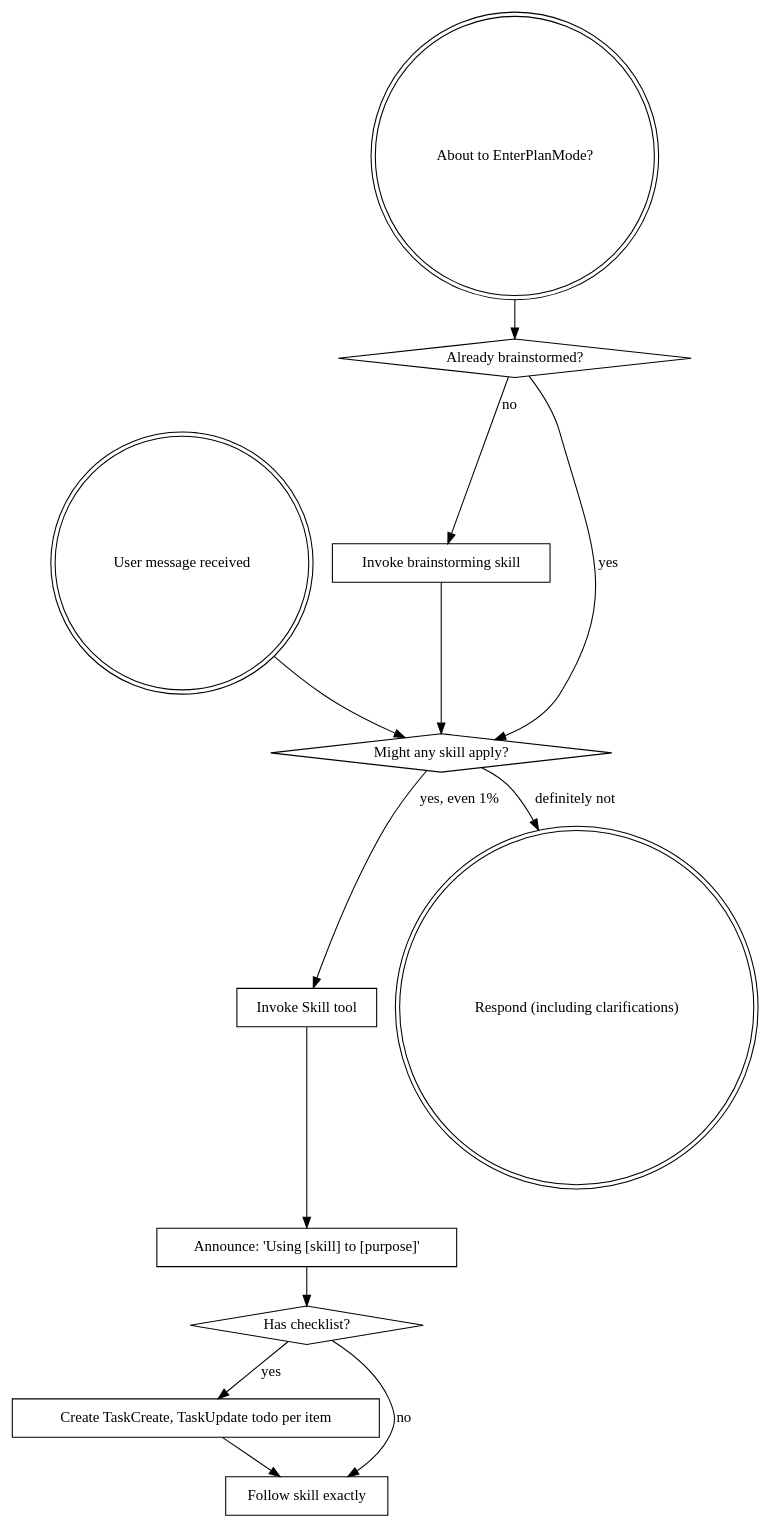
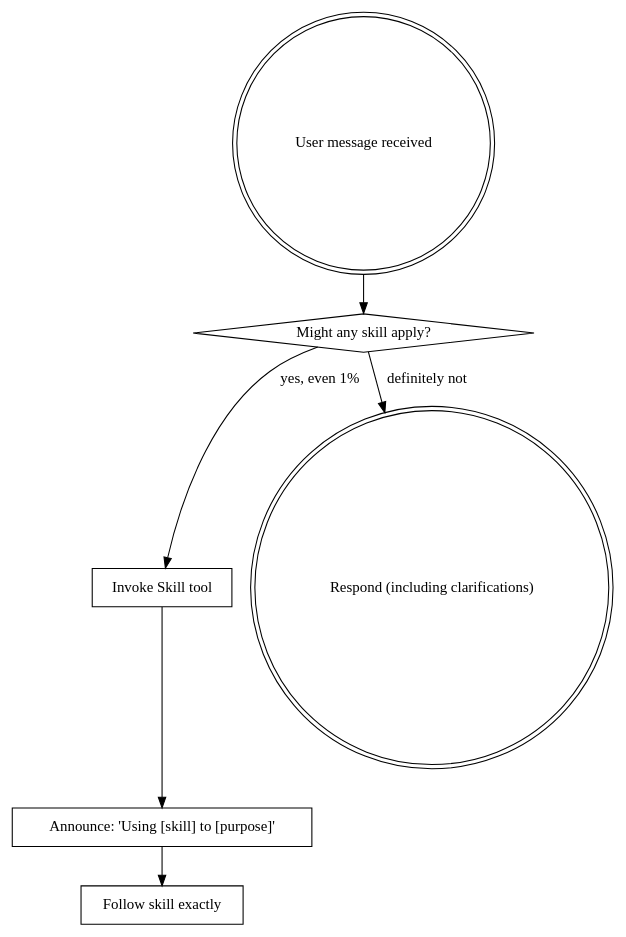
The diagram in plugin/skills/using-loom-skills/SKILL.md (dimohammed328/loom), drawn with Graphviz before and after one commit. The commit also changed other lines of this file and 36 other files, not shown here.

````diff
--- a/plugin/skills/using-loom-skills/SKILL.md
+++ b/plugin/skills/using-loom-skills/SKILL.md
@@ -38,29 +38,16 @@
 ```dot
 digraph skill_flow {
     "User message received" [shape=doublecircle];
-    "About to EnterPlanMode?" [shape=doublecircle];
-    "Already brainstormed?" [shape=diamond];
-    "Invoke brainstorming skill" [shape=box];
     "Might any skill apply?" [shape=diamond];
     "Invoke Skill tool" [shape=box];
     "Announce: 'Using [skill] to [purpose]'" [shape=box];
-    "Has checklist?" [shape=diamond];
-    "Create TaskCreate, TaskUpdate todo per item" [shape=box];
     "Follow skill exactly" [shape=box];
     "Respond (including clarifications)" [shape=doublecircle];
-
-    "About to EnterPlanMode?" -> "Already brainstormed?";
-    "Already brainstormed?" -> "Invoke brainstorming skill" [label="no"];
-    "Already brainstormed?" -> "Might any skill apply?" [label="yes"];
-    "Invoke brainstorming skill" -> "Might any skill apply?";
 
     "User message received" -> "Might any skill apply?";
     "Might any skill apply?" -> "Invoke Skill tool" [label="yes, even 1%"];
     "Might any skill apply?" -> "Respond (including clarifications)" [label="definitely not"];
     "Invoke Skill tool" -> "Announce: 'Using [skill] to [purpose]'";
-    "Announce: 'Using [skill] to [purpose]'" -> "Has checklist?";
-    "Has checklist?" -> "Create TaskCreate, TaskUpdate todo per item" [label="yes"];
-    "Has checklist?" -> "Follow skill exactly" [label="no"];
-    "Create TaskCreate, TaskUpdate todo per item" -> "Follow skill exactly";
+    "Announce: 'Using [skill] to [purpose]'" -> "Follow skill exactly";
 }
 ```
````
